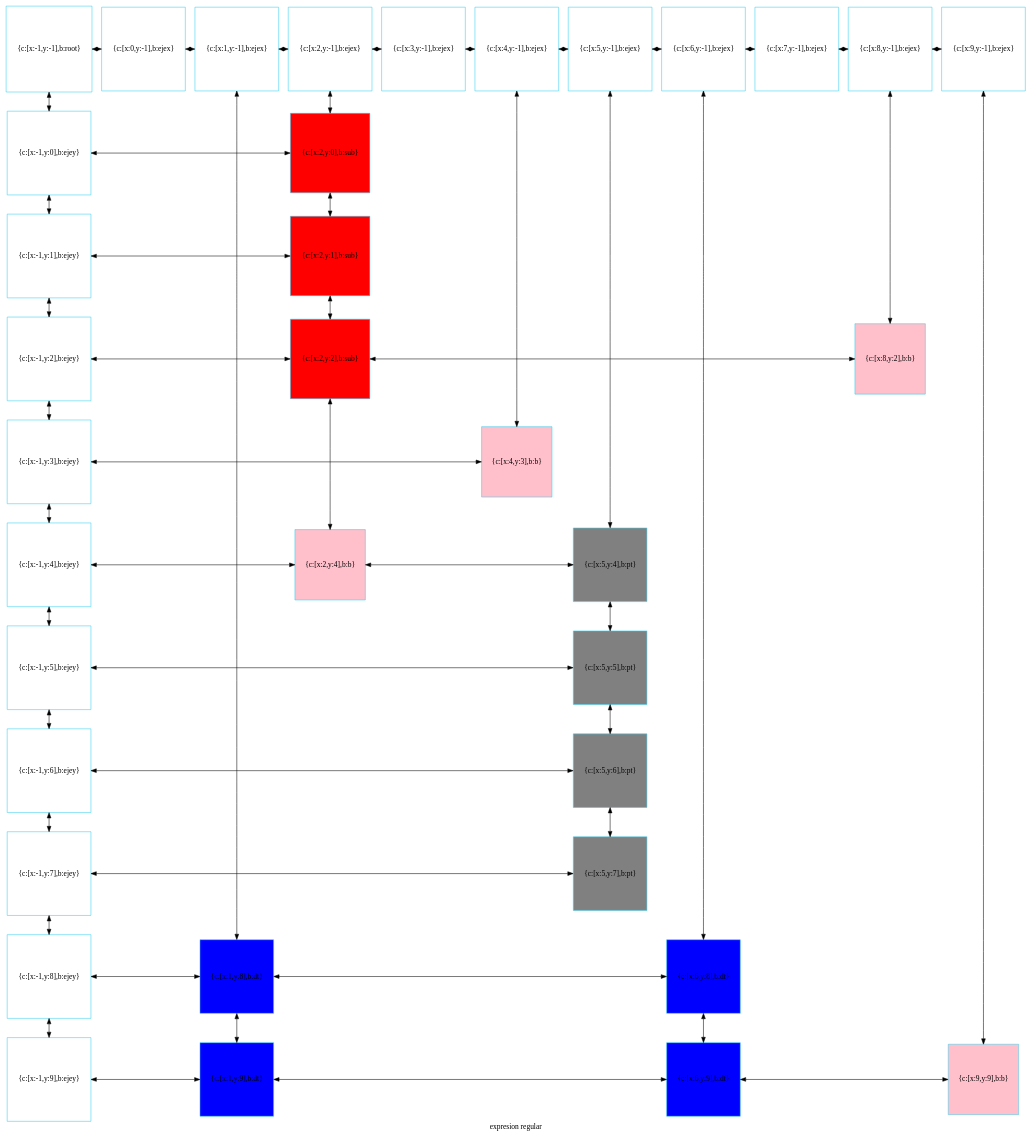
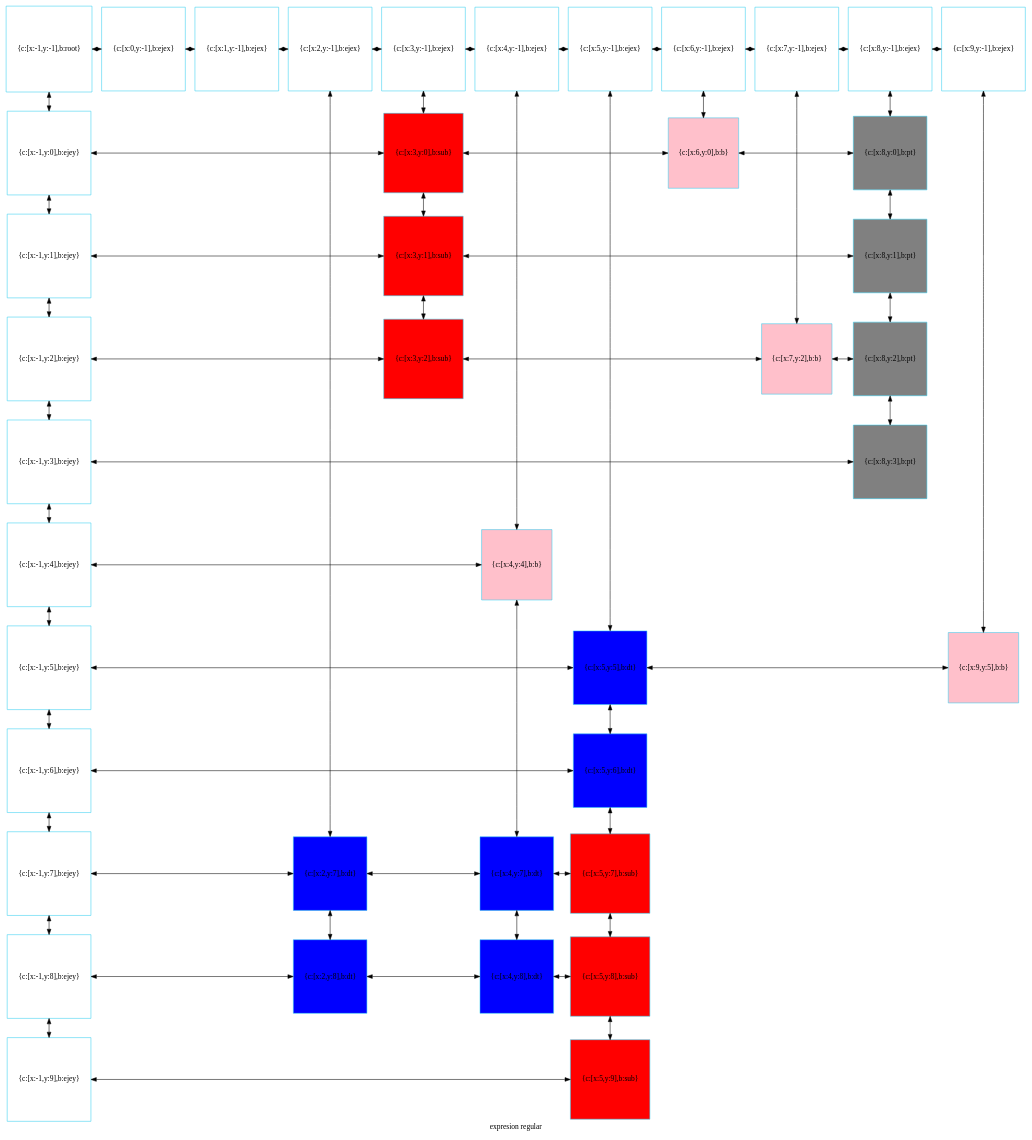
Before and after one commit to betebetoven/EDDS2F2: the diagram in mitablero.dot, drawn with Graphviz. The commit also changed 14 other files, not shown here.

```diff
--- a/mitablero.dot
+++ b/mitablero.dot
@@ -1,106 +1,121 @@
 digraph G
 {label="expresion regular"
         node[shape = square]
         node[style = filled]
         node[fillcolor = "#EEEEE"]
         node[color = "#EEEEE"]
         node[color = "#31CEF0"]
 
-2027290003824[label="{c:[x:-1,y:-1],b:root}",fillcolor = "white"]
-2027290003968[label="{c:[x:0,y:-1],b:ejex}",fillcolor = "white"]
-2027290004112[label="{c:[x:1,y:-1],b:ejex}",fillcolor = "white"]
-2027290004256[label="{c:[x:2,y:-1],b:ejex}",fillcolor = "white"]
-2027290004400[label="{c:[x:3,y:-1],b:ejex}",fillcolor = "white"]
-2027290004544[label="{c:[x:4,y:-1],b:ejex}",fillcolor = "white"]
-2027290004688[label="{c:[x:5,y:-1],b:ejex}",fillcolor = "white"]
-2027290004832[label="{c:[x:6,y:-1],b:ejex}",fillcolor = "white"]
-2027290004976[label="{c:[x:7,y:-1],b:ejex}",fillcolor = "white"]
-2027290005120[label="{c:[x:8,y:-1],b:ejex}",fillcolor = "white"]
-2027290005264[label="{c:[x:9,y:-1],b:ejex}",fillcolor = "white"]
-2027290005408[label="{c:[x:-1,y:0],b:ejey}",fillcolor = "white"]
-2027290008336[label="{c:[x:2,y:0],b:sub}",fillcolor = "red"]
-2027290005552[label="{c:[x:-1,y:1],b:ejey}",fillcolor = "white"]
-2027290008672[label="{c:[x:2,y:1],b:sub}",fillcolor = "red"]
-2027290005696[label="{c:[x:-1,y:2],b:ejey}",fillcolor = "white"]
-2027290009008[label="{c:[x:2,y:2],b:sub}",fillcolor = "red"]
-2027290013040[label="{c:[x:8,y:2],b:b}",fillcolor = "pink"]
-2027290005840[label="{c:[x:-1,y:3],b:ejey}",fillcolor = "white"]
-2027290012368[label="{c:[x:4,y:3],b:b}",fillcolor = "pink"]
-2027290005984[label="{c:[x:-1,y:4],b:ejey}",fillcolor = "white"]
-2027290013472[label="{c:[x:2,y:4],b:b}",fillcolor = "pink"]
-2027290006992[label="{c:[x:5,y:4],b:pt}",fillcolor = "gray"]
-2027290006128[label="{c:[x:-1,y:5],b:ejey}",fillcolor = "white"]
-2027290007328[label="{c:[x:5,y:5],b:pt}",fillcolor = "gray"]
-2027290006272[label="{c:[x:-1,y:6],b:ejey}",fillcolor = "white"]
-2027290007664[label="{c:[x:5,y:6],b:pt}",fillcolor = "gray"]
-2027290006416[label="{c:[x:-1,y:7],b:ejey}",fillcolor = "white"]
-2027290008000[label="{c:[x:5,y:7],b:pt}",fillcolor = "gray"]
-2027290006560[label="{c:[x:-1,y:8],b:ejey}",fillcolor = "white"]
-2027290011936[label="{c:[x:1,y:8],b:dt}",fillcolor = "blue"]
-2027290010592[label="{c:[x:6,y:8],b:dt}",fillcolor = "blue"]
-2027290006704[label="{c:[x:-1,y:9],b:ejey}",fillcolor = "white"]
-2027290011792[label="{c:[x:1,y:9],b:dt}",fillcolor = "blue"]
-2027290010448[label="{c:[x:6,y:9],b:dt}",fillcolor = "blue"]
-2027290012704[label="{c:[x:9,y:9],b:b}",fillcolor = "pink"]
-2027290003824->2027290005408[dir = both];
-2027290005408->2027290005552[dir = both];
-2027290005552->2027290005696[dir = both];
-2027290005696->2027290005840[dir = both];
-2027290005840->2027290005984[dir = both];
-2027290005984->2027290006128[dir = both];
-2027290006128->2027290006272[dir = both];
-2027290006272->2027290006416[dir = both];
-2027290006416->2027290006560[dir = both];
-2027290006560->2027290006704[dir = both];
-2027290004112->2027290011936[dir = both];
-2027290011936->2027290011792[dir = both];
-2027290004256->2027290008336[dir = both];
-2027290008336->2027290008672[dir = both];
-2027290008672->2027290009008[dir = both];
-2027290009008->2027290013472[dir = both];
-2027290004544->2027290012368[dir = both];
-2027290004688->2027290006992[dir = both];
-2027290006992->2027290007328[dir = both];
-2027290007328->2027290007664[dir = both];
-2027290007664->2027290008000[dir = both];
-2027290004832->2027290010592[dir = both];
-2027290010592->2027290010448[dir = both];
-2027290005120->2027290013040[dir = both];
-2027290005264->2027290012704[dir = both];
-2027290003824->2027290003968[dir = both];
-2027290003968->2027290004112[dir = both];
-2027290004112->2027290004256[dir = both];
-2027290004256->2027290004400[dir = both];
-2027290004400->2027290004544[dir = both];
-2027290004544->2027290004688[dir = both];
-2027290004688->2027290004832[dir = both];
-2027290004832->2027290004976[dir = both];
-2027290004976->2027290005120[dir = both];
-2027290005120->2027290005264[dir = both];
-2027290005408->2027290008336[constraint=false,dir = both];
-2027290005552->2027290008672[constraint=false,dir = both];
-2027290005696->2027290009008[constraint=false,dir = both];
-2027290009008->2027290013040[constraint=false,dir = both];
-2027290005840->2027290012368[constraint=false,dir = both];
-2027290005984->2027290013472[constraint=false,dir = both];
-2027290013472->2027290006992[constraint=false,dir = both];
-2027290006128->2027290007328[constraint=false,dir = both];
-2027290006272->2027290007664[constraint=false,dir = both];
-2027290006416->2027290008000[constraint=false,dir = both];
-2027290006560->2027290011936[constraint=false,dir = both];
-2027290011936->2027290010592[constraint=false,dir = both];
-2027290006704->2027290011792[constraint=false,dir = both];
-2027290011792->2027290010448[constraint=false,dir = both];
-2027290010448->2027290012704[constraint=false,dir = both];
- {rank=same; 2027290003824;2027290003968;2027290004112;2027290004256;2027290004400;2027290004544;2027290004688;2027290004832;2027290004976;2027290005120;2027290005264;}
- {rank=same; 2027290005408;2027290008336;}
- {rank=same; 2027290005552;2027290008672;}
- {rank=same; 2027290005696;2027290009008;2027290013040;}
- {rank=same; 2027290005840;2027290012368;}
- {rank=same; 2027290005984;2027290013472;2027290006992;}
- {rank=same; 2027290006128;2027290007328;}
- {rank=same; 2027290006272;2027290007664;}
- {rank=same; 2027290006416;2027290008000;}
- {rank=same; 2027290006560;2027290011936;2027290010592;}
- {rank=same; 2027290006704;2027290011792;2027290010448;2027290012704;}
+2386161830832[label="{c:[x:-1,y:-1],b:root}",fillcolor = "white"]
+2386161830976[label="{c:[x:0,y:-1],b:ejex}",fillcolor = "white"]
+2386161831120[label="{c:[x:1,y:-1],b:ejex}",fillcolor = "white"]
+2386161831264[label="{c:[x:2,y:-1],b:ejex}",fillcolor = "white"]
+2386161831408[label="{c:[x:3,y:-1],b:ejex}",fillcolor = "white"]
+2386161831552[label="{c:[x:4,y:-1],b:ejex}",fillcolor = "white"]
+2386161831696[label="{c:[x:5,y:-1],b:ejex}",fillcolor = "white"]
+2386161831840[label="{c:[x:6,y:-1],b:ejex}",fillcolor = "white"]
+2386161831984[label="{c:[x:7,y:-1],b:ejex}",fillcolor = "white"]
+2386161832128[label="{c:[x:8,y:-1],b:ejex}",fillcolor = "white"]
+2386161832272[label="{c:[x:9,y:-1],b:ejex}",fillcolor = "white"]
+2386161832416[label="{c:[x:-1,y:0],b:ejey}",fillcolor = "white"]
+2386161835344[label="{c:[x:3,y:0],b:sub}",fillcolor = "red"]
+2386161840096[label="{c:[x:6,y:0],b:b}",fillcolor = "pink"]
+2386161834000[label="{c:[x:8,y:0],b:pt}",fillcolor = "gray"]
+2386161832560[label="{c:[x:-1,y:1],b:ejey}",fillcolor = "white"]
+2386161835680[label="{c:[x:3,y:1],b:sub}",fillcolor = "red"]
+2386161834336[label="{c:[x:8,y:1],b:pt}",fillcolor = "gray"]
+2386161832704[label="{c:[x:-1,y:2],b:ejey}",fillcolor = "white"]
+2386161836016[label="{c:[x:3,y:2],b:sub}",fillcolor = "red"]
+2386161840048[label="{c:[x:7,y:2],b:b}",fillcolor = "pink"]
+2386161834672[label="{c:[x:8,y:2],b:pt}",fillcolor = "gray"]
+2386161832848[label="{c:[x:-1,y:3],b:ejey}",fillcolor = "white"]
+2386161835008[label="{c:[x:8,y:3],b:pt}",fillcolor = "gray"]
+2386161832992[label="{c:[x:-1,y:4],b:ejey}",fillcolor = "white"]
+2386161839376[label="{c:[x:4,y:4],b:b}",fillcolor = "pink"]
+2386161833136[label="{c:[x:-1,y:5],b:ejey}",fillcolor = "white"]
+2386161838032[label="{c:[x:5,y:5],b:dt}",fillcolor = "blue"]
+2386161839424[label="{c:[x:9,y:5],b:b}",fillcolor = "pink"]
+2386161833280[label="{c:[x:-1,y:6],b:ejey}",fillcolor = "white"]
+2386161838368[label="{c:[x:5,y:6],b:dt}",fillcolor = "blue"]
+2386161833424[label="{c:[x:-1,y:7],b:ejey}",fillcolor = "white"]
+2386161838704[label="{c:[x:2,y:7],b:dt}",fillcolor = "blue"]
+2386161837360[label="{c:[x:4,y:7],b:dt}",fillcolor = "blue"]
+2386161836352[label="{c:[x:5,y:7],b:sub}",fillcolor = "red"]
+2386161833568[label="{c:[x:-1,y:8],b:ejey}",fillcolor = "white"]
+2386161839040[label="{c:[x:2,y:8],b:dt}",fillcolor = "blue"]
+2386161837696[label="{c:[x:4,y:8],b:dt}",fillcolor = "blue"]
+2386161836688[label="{c:[x:5,y:8],b:sub}",fillcolor = "red"]
+2386161833712[label="{c:[x:-1,y:9],b:ejey}",fillcolor = "white"]
+2386161837024[label="{c:[x:5,y:9],b:sub}",fillcolor = "red"]
+2386161830832->2386161832416[dir = both];
+2386161832416->2386161832560[dir = both];
+2386161832560->2386161832704[dir = both];
+2386161832704->2386161832848[dir = both];
+2386161832848->2386161832992[dir = both];
+2386161832992->2386161833136[dir = both];
+2386161833136->2386161833280[dir = both];
+2386161833280->2386161833424[dir = both];
+2386161833424->2386161833568[dir = both];
+2386161833568->2386161833712[dir = both];
+2386161831264->2386161838704[dir = both];
+2386161838704->2386161839040[dir = both];
+2386161831408->2386161835344[dir = both];
+2386161835344->2386161835680[dir = both];
+2386161835680->2386161836016[dir = both];
+2386161831552->2386161839376[dir = both];
+2386161839376->2386161837360[dir = both];
+2386161837360->2386161837696[dir = both];
+2386161831696->2386161838032[dir = both];
+2386161838032->2386161838368[dir = both];
+2386161838368->2386161836352[dir = both];
+2386161836352->2386161836688[dir = both];
+2386161836688->2386161837024[dir = both];
+2386161831840->2386161840096[dir = both];
+2386161831984->2386161840048[dir = both];
+2386161832128->2386161834000[dir = both];
+2386161834000->2386161834336[dir = both];
+2386161834336->2386161834672[dir = both];
+2386161834672->2386161835008[dir = both];
+2386161832272->2386161839424[dir = both];
+2386161830832->2386161830976[dir = both];
+2386161830976->2386161831120[dir = both];
+2386161831120->2386161831264[dir = both];
+2386161831264->2386161831408[dir = both];
+2386161831408->2386161831552[dir = both];
+2386161831552->2386161831696[dir = both];
+2386161831696->2386161831840[dir = both];
+2386161831840->2386161831984[dir = both];
+2386161831984->2386161832128[dir = both];
+2386161832128->2386161832272[dir = both];
+2386161832416->2386161835344[constraint=false,dir = both];
+2386161835344->2386161840096[constraint=false,dir = both];
+2386161840096->2386161834000[constraint=false,dir = both];
+2386161832560->2386161835680[constraint=false,dir = both];
+2386161835680->2386161834336[constraint=false,dir = both];
+2386161832704->2386161836016[constraint=false,dir = both];
+2386161836016->2386161840048[constraint=false,dir = both];
+2386161840048->2386161834672[constraint=false,dir = both];
+2386161832848->2386161835008[constraint=false,dir = both];
+2386161832992->2386161839376[constraint=false,dir = both];
+2386161833136->2386161838032[constraint=false,dir = both];
+2386161838032->2386161839424[constraint=false,dir = both];
+2386161833280->2386161838368[constraint=false,dir = both];
+2386161833424->2386161838704[constraint=false,dir = both];
+2386161838704->2386161837360[constraint=false,dir = both];
+2386161837360->2386161836352[constraint=false,dir = both];
+2386161833568->2386161839040[constraint=false,dir = both];
+2386161839040->2386161837696[constraint=false,dir = both];
+2386161837696->2386161836688[constraint=false,dir = both];
+2386161833712->2386161837024[constraint=false,dir = both];
+ {rank=same; 2386161830832;2386161830976;2386161831120;2386161831264;2386161831408;2386161831552;2386161831696;2386161831840;2386161831984;2386161832128;2386161832272;}
+ {rank=same; 2386161832416;2386161835344;2386161840096;2386161834000;}
+ {rank=same; 2386161832560;2386161835680;2386161834336;}
+ {rank=same; 2386161832704;2386161836016;2386161840048;2386161834672;}
+ {rank=same; 2386161832848;2386161835008;}
+ {rank=same; 2386161832992;2386161839376;}
+ {rank=same; 2386161833136;2386161838032;2386161839424;}
+ {rank=same; 2386161833280;2386161838368;}
+ {rank=same; 2386161833424;2386161838704;2386161837360;2386161836352;}
+ {rank=same; 2386161833568;2386161839040;2386161837696;2386161836688;}
+ {rank=same; 2386161833712;2386161837024;}
 }
```
